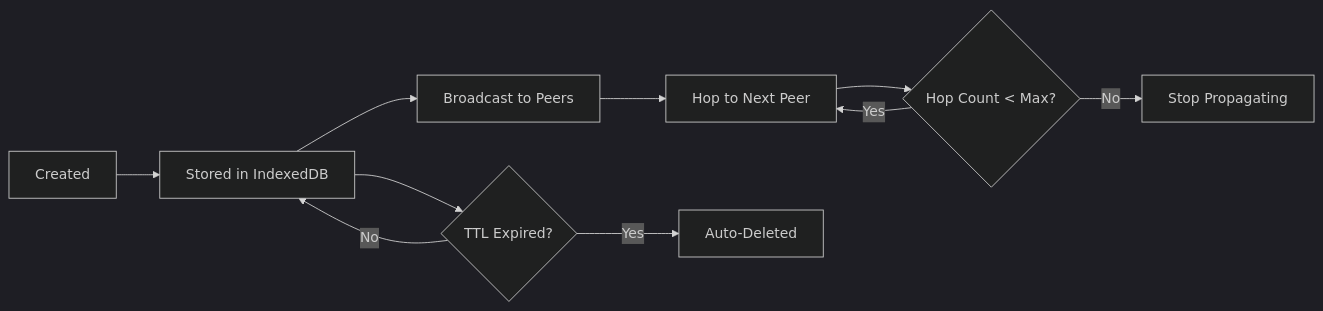
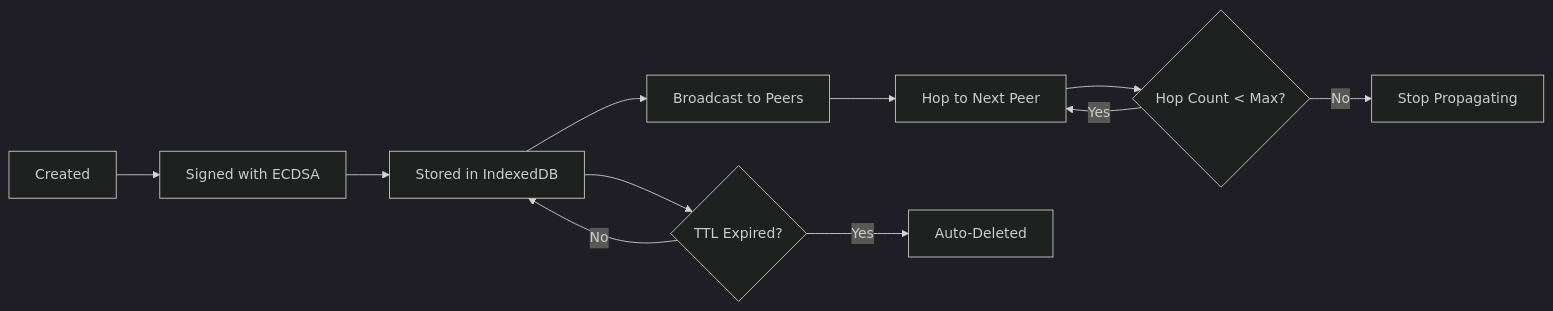
Before and after one commit to Aneeshie/WhisperNet: the second of 3 diagrams in README.md, drawn with Mermaid (dark theme). The commit also changed other lines of this file, not shown here.

Commit message:
docs: rewrite README with implemented security (PBKDF2, ECDSA, AES-256-GCM)

````diff
--- a/README.md
+++ b/README.md
@@ -162,12 +151,13 @@
 ```mermaid
 graph LR
-    A[Created] --> B[Stored in IndexedDB]
-    B --> C[Broadcast to Peers]
-    C --> D[Hop to Next Peer]
-    D --> E{Hop Count < Max?}
-    E -->|Yes| D
-    E -->|No| F[Stop Propagating]
-    B --> G{TTL Expired?}
-    G -->|Yes| H[Auto-Deleted]
-    G -->|No| B
+    A[Created] --> B[Signed with ECDSA]
+    B --> C[Stored in IndexedDB]
+    C --> D[Broadcast to Peers]
+    D --> E[Hop to Next Peer]
+    E --> F{Hop Count < Max?}
+    F -->|Yes| E
+    F -->|No| G[Stop Propagating]
+    C --> H{TTL Expired?}
+    H -->|Yes| I[Auto-Deleted]
+    H -->|No| C
 ```
````
